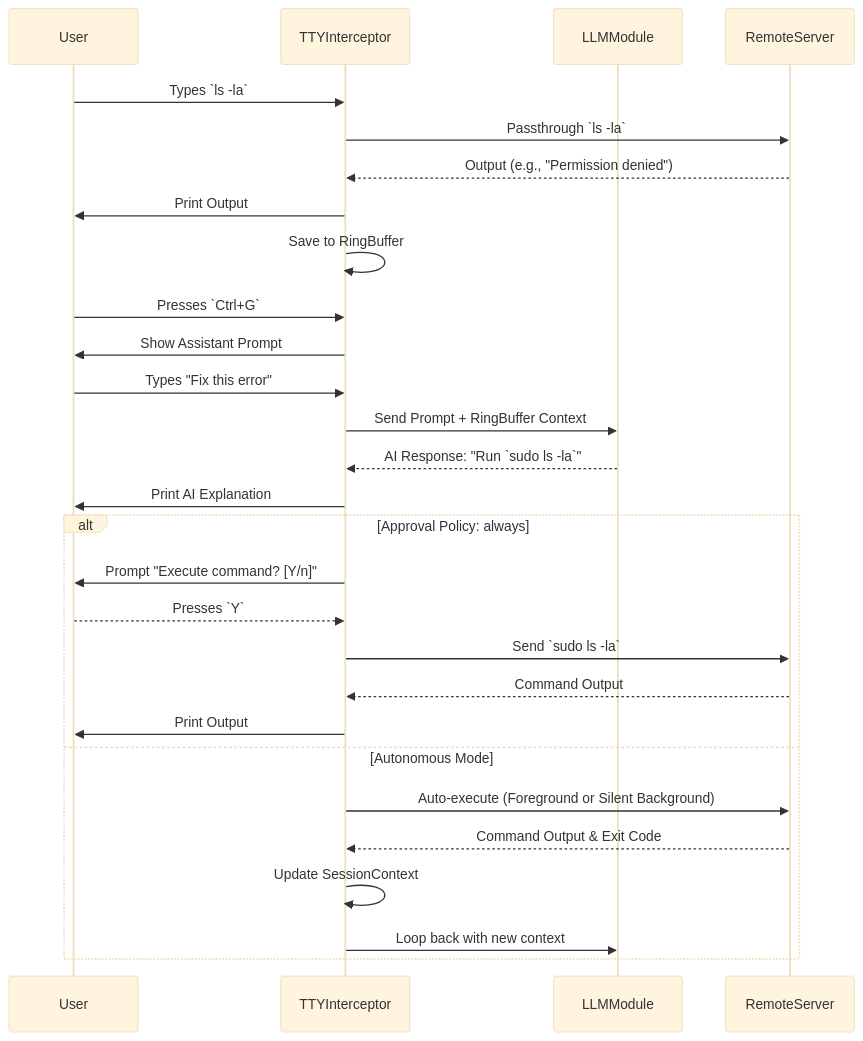
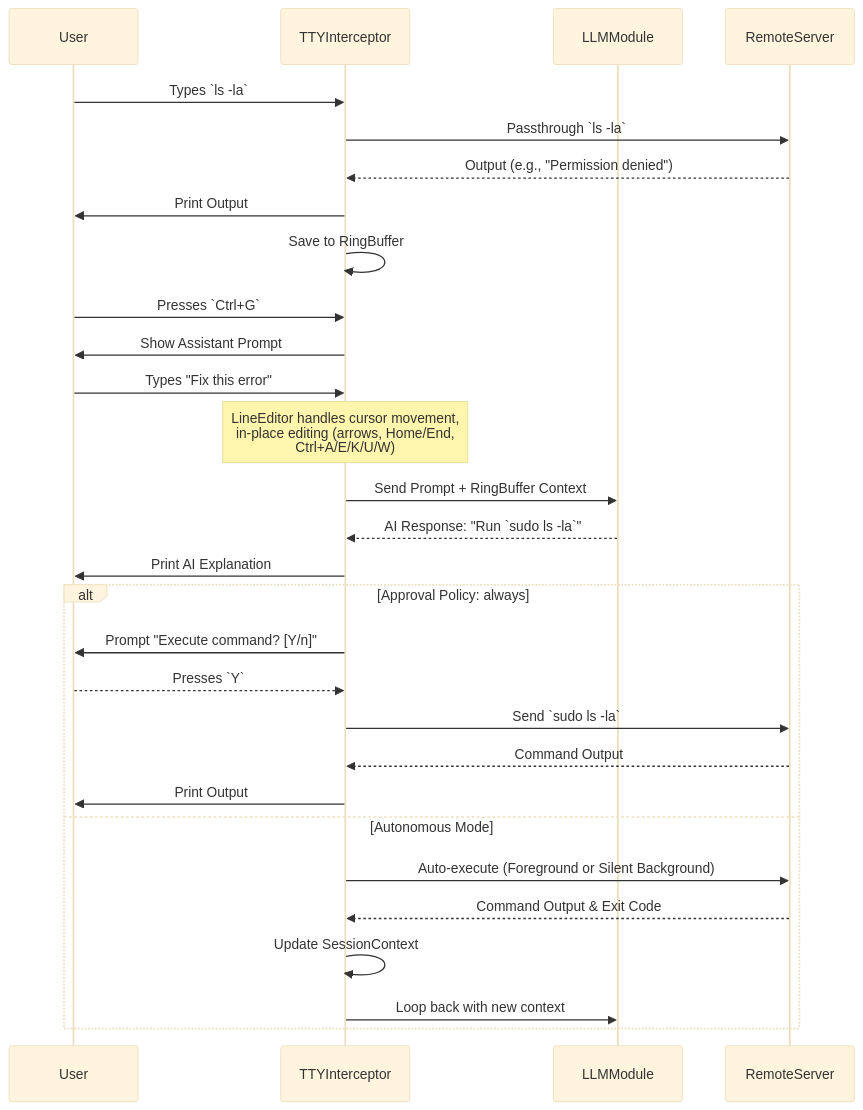
One commit to zxpbenson/orange changed the third of 3 diagrams in doc/architecture.md. Above: the diagram before and after it, drawn with Mermaid (base theme). The commit also changed other lines of this file and 5 other files, not shown here.

First line of the commit message:
feat(tty): add readline-style line editor for assistant input

````diff
--- a/doc/architecture.md
+++ b/doc/architecture.md
@@ -152,35 +155,36 @@
 ```mermaid
 sequenceDiagram
     participant User
     participant TTYInterceptor
     participant LLMModule
     participant RemoteServer
 
     User->>TTYInterceptor: Types `ls -la`
     TTYInterceptor->>RemoteServer: Passthrough `ls -la`
     RemoteServer-->>TTYInterceptor: Output (e.g., "Permission denied")
     TTYInterceptor->>User: Print Output
     TTYInterceptor->>TTYInterceptor: Save to RingBuffer
 
     User->>TTYInterceptor: Presses `Ctrl+G`
     TTYInterceptor->>User: Show Assistant Prompt
     User->>TTYInterceptor: Types "Fix this error"
+    Note over TTYInterceptor: LineEditor handles cursor movement,<br/>in-place editing (arrows, Home/End,<br/>Ctrl+A/E/K/U/W)
     
     TTYInterceptor->>LLMModule: Send Prompt + RingBuffer Context
     LLMModule-->>TTYInterceptor: AI Response: "Run `sudo ls -la`"
     
     TTYInterceptor->>User: Print AI Explanation
     
     alt Approval Policy: always
         TTYInterceptor->>User: Prompt "Execute command? [Y/n]"
         User-->>TTYInterceptor: Presses `Y`
         TTYInterceptor->>RemoteServer: Send `sudo ls -la`
         RemoteServer-->>TTYInterceptor: Command Output
         TTYInterceptor->>User: Print Output
     else Autonomous Mode
         TTYInterceptor->>RemoteServer: Auto-execute (Foreground or Silent Background)
         RemoteServer-->>TTYInterceptor: Command Output & Exit Code
         TTYInterceptor->>TTYInterceptor: Update SessionContext
         TTYInterceptor->>LLMModule: Loop back with new context
     end
 ```
````
